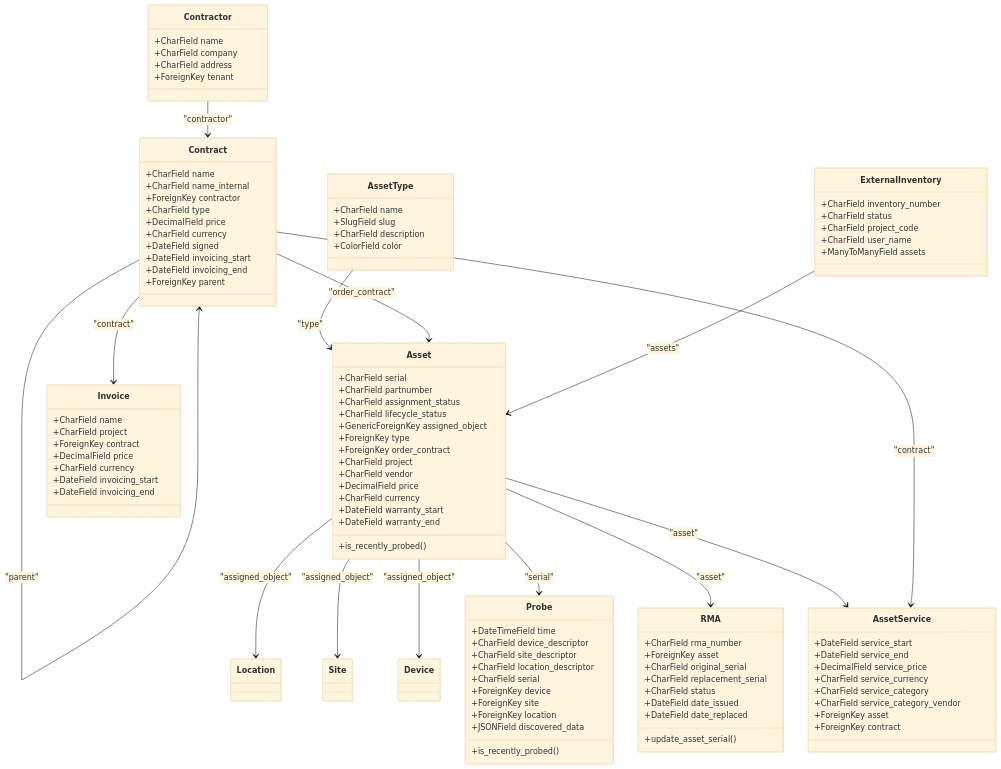
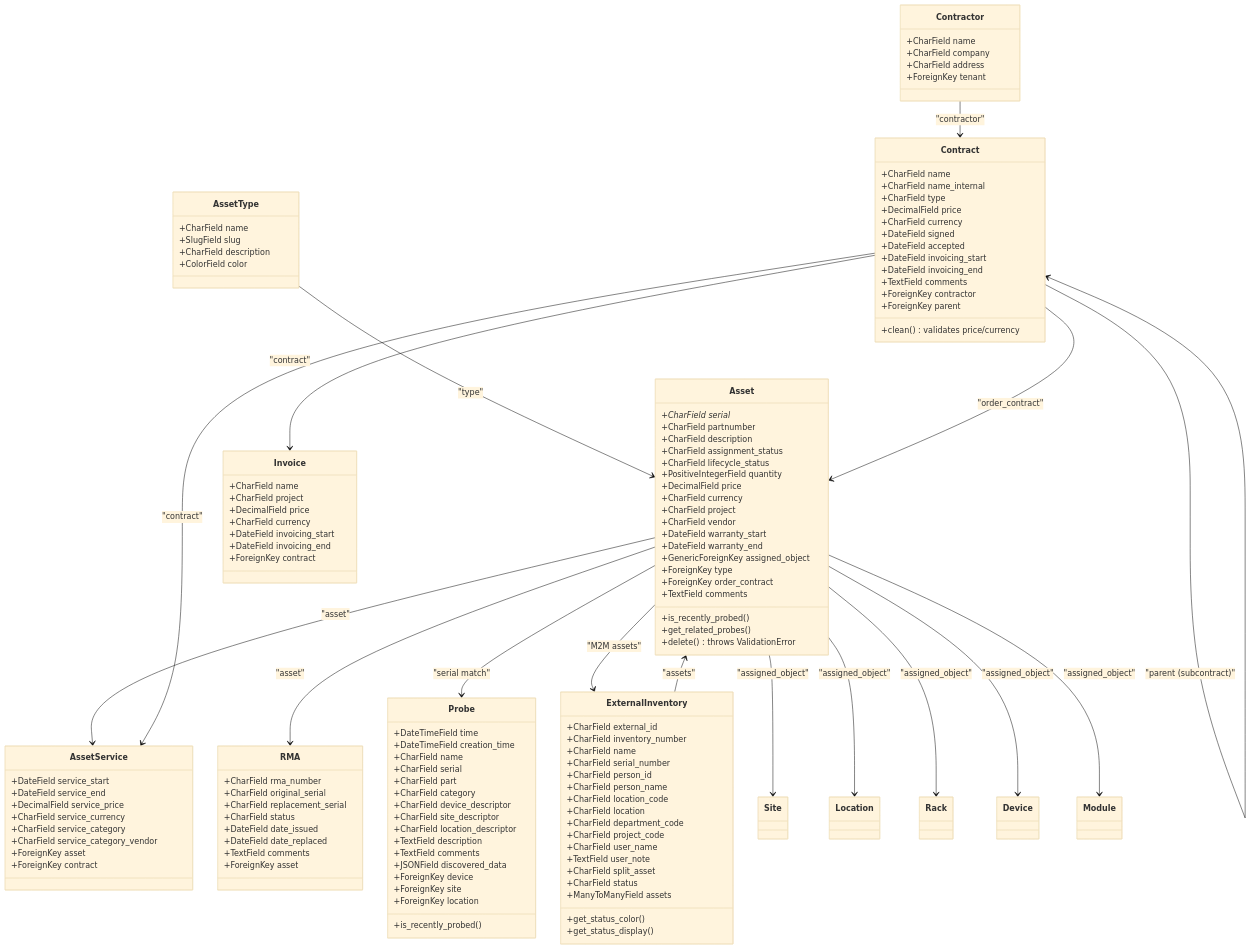
One commit to CESNET/inventory-monitor-plugin changed the diagram in README.md. Above: the diagram before and after it, drawn with Mermaid (base theme). The commit also changed other lines of this file and 1 other file, not shown here.

First line of the commit message:
Add Asset deletion protection and update README documentation

````diff
--- a/README.md
+++ b/README.md
@@ -51,20 +51,25 @@
     }
 
     class Asset {
-        +CharField serial
+        +CharField serial*
         +CharField partnumber
+        +CharField description
         +CharField assignment_status
         +CharField lifecycle_status
+        +PositiveIntegerField quantity
+        +DecimalField price
+        +CharField currency
+        +CharField project
+        +CharField vendor
+        +DateField warranty_start
+        +DateField warranty_end
         +GenericForeignKey assigned_object
         +ForeignKey type
         +ForeignKey order_contract
-        +CharField project
-        +CharField vendor
-        +DecimalField price
-        +CharField currency
-        +DateField warranty_start
-        +DateField warranty_end
+        +TextField comments
         +is_recently_probed()
+        +get_related_probes()
+        +delete() throws ValidationError
     }
 
     class AssetService {
@@ -81,14 +86,17 @@
     class Contract {
         +CharField name
         +CharField name_internal
-        +ForeignKey contractor
         +CharField type
         +DecimalField price
         +CharField currency
         +DateField signed
+        +DateField accepted
         +DateField invoicing_start
         +DateField invoicing_end
+        +TextField comments
+        +ForeignKey contractor
         +ForeignKey parent
+        +clean() validates price/currency
     }
 
     class Contractor {
@@ -101,57 +109,78 @@
     class Invoice {
         +CharField name
         +CharField project
-        +ForeignKey contract
         +DecimalField price
         +CharField currency
         +DateField invoicing_start
         +DateField invoicing_end
+        +ForeignKey contract
     }
 
     class Probe {
         +DateTimeField time
+        +DateTimeField creation_time
+        +CharField name
+        +CharField serial
+        +CharField part
+        +CharField category
         +CharField device_descriptor
         +CharField site_descriptor
         +CharField location_descriptor
-        +CharField serial
+        +TextField description
+        +TextField comments
+        +JSONField discovered_data
         +ForeignKey device
         +ForeignKey site
         +ForeignKey location
-        +JSONField discovered_data
         +is_recently_probed()
     }
 
     class RMA {
         +CharField rma_number
-        +ForeignKey asset
         +CharField original_serial
         +CharField replacement_serial
         +CharField status
         +DateField date_issued
         +DateField date_replaced
-        +update_asset_serial()
+        +TextField comments
+        +ForeignKey asset
     }
 
     class ExternalInventory {
+        +CharField external_id
         +CharField inventory_number
-        +CharField status
+        +CharField name
+        +CharField serial_number
+        +CharField person_id
+        +CharField person_name
+        +CharField location_code
+        +CharField location
+        +CharField department_code
         +CharField project_code
         +CharField user_name
+        +TextField user_note
+        +CharField split_asset
+        +CharField status
         +ManyToManyField assets
+        +get_status_color()
+        +get_status_display()
     }
 
     AssetType --> Asset : "type"
     Asset --> AssetService : "asset"
     Asset --> RMA : "asset"
-    Asset --> Probe : "serial"
+    Asset --> Probe : "serial match"
+    Asset --> ExternalInventory : "M2M assets"
     Contract --> Asset : "order_contract"
     Contract --> AssetService : "contract"
     Contractor --> Contract : "contractor"
     Contract --> Invoice : "contract"
-    Contract --> Contract : "parent"
+    Contract --> Contract : "parent (subcontract)"
     ExternalInventory --> Asset : "assets"
 
-    Asset --> Device : "assigned_object"
     Asset --> Site : "assigned_object"
     Asset --> Location : "assigned_object"
+    Asset --> Rack : "assigned_object"
+    Asset --> Device : "assigned_object"
+    Asset --> Module : "assigned_object"
 ```
````
